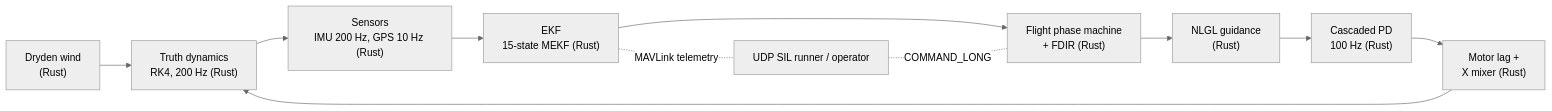
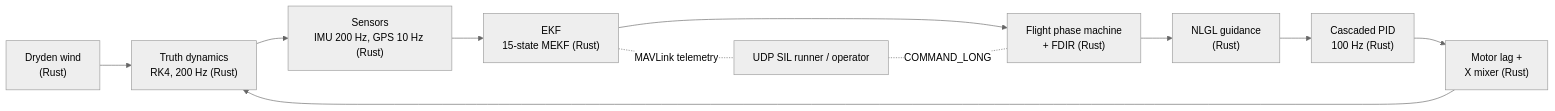
Before and after one commit to ajeet-krish/Talon: the diagram in README.md, drawn with Mermaid (neutral theme). The commit also changed other lines of this file and 9 other files, not shown here.

````diff
--- a/README.md
+++ b/README.md
@@ -54,13 +54,13 @@
 ```mermaid
 flowchart LR
     W["Dryden wind<br/>(Rust)"] --> T["Truth dynamics<br/>RK4, 200 Hz (Rust)"]
     T --> S["Sensors<br/>IMU 200 Hz, GPS 10 Hz (Rust)"]
     S --> E["EKF<br/>15-state MEKF (Rust)"]
     E --> SM["Flight phase machine<br/>+ FDIR (Rust)"]
     SM --> G["NLGL guidance<br/>(Rust)"]
-    G --> C["Cascaded PD<br/>100 Hz (Rust)"]
+    G --> C["Cascaded PID<br/>100 Hz (Rust)"]
     C --> M["Motor lag +<br/>X mixer (Rust)"]
     M --> T
     E -. "MAVLink telemetry" .- O["UDP SIL runner / operator"]
     O -. "COMMAND_LONG" .- SM
 ```
````
